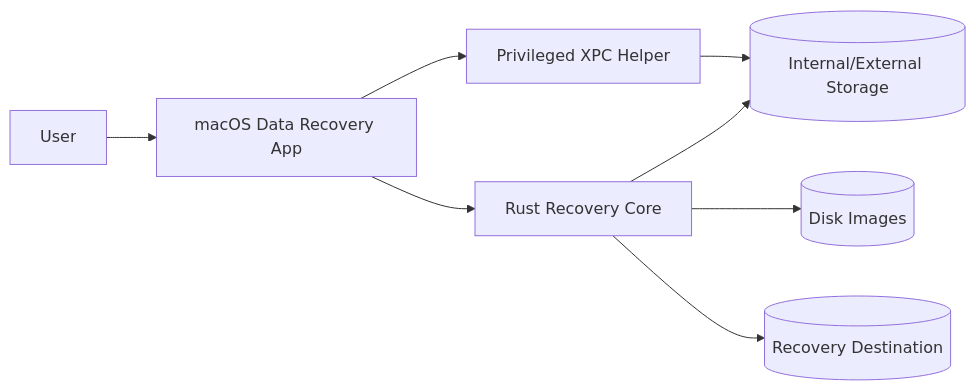
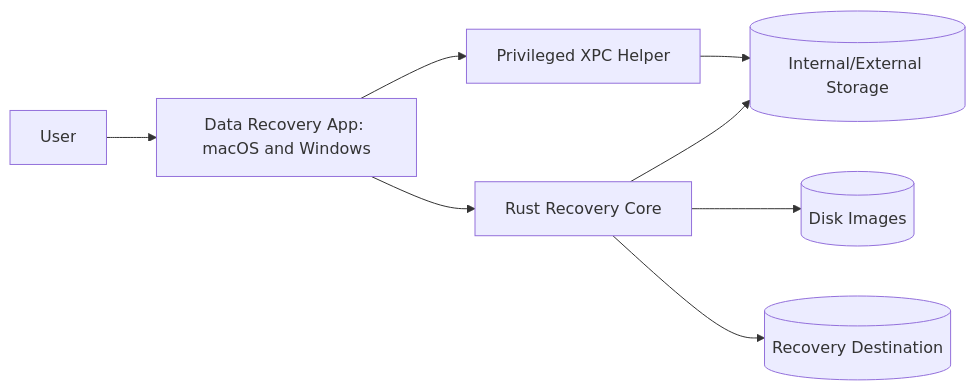
Before and after one commit to pranay-tecnomi/data-recovery: the diagram in docs/diagrams/SYSTEM_CONTEXT.md, drawn with Mermaid. The commit also changed 16 other files, not shown here.

First line of the commit message:
docs: retarget MVP to macOS and Windows (ADR-009/010/011)

````diff
--- a/docs/diagrams/SYSTEM_CONTEXT.md
+++ b/docs/diagrams/SYSTEM_CONTEXT.md
@@ -3,10 +3,10 @@
 ```mermaid
 flowchart LR
- U[User] --> A[macOS Data Recovery App]
+ U[User] --> A[Data Recovery App: macOS and Windows]
  A --> X[Privileged XPC Helper]
  A --> R[Rust Recovery Core]
  R --> S[(Internal/External Storage)]
  R --> I[(Disk Images)]
  R --> D[(Recovery Destination)]
  X --> S
 ```
````
